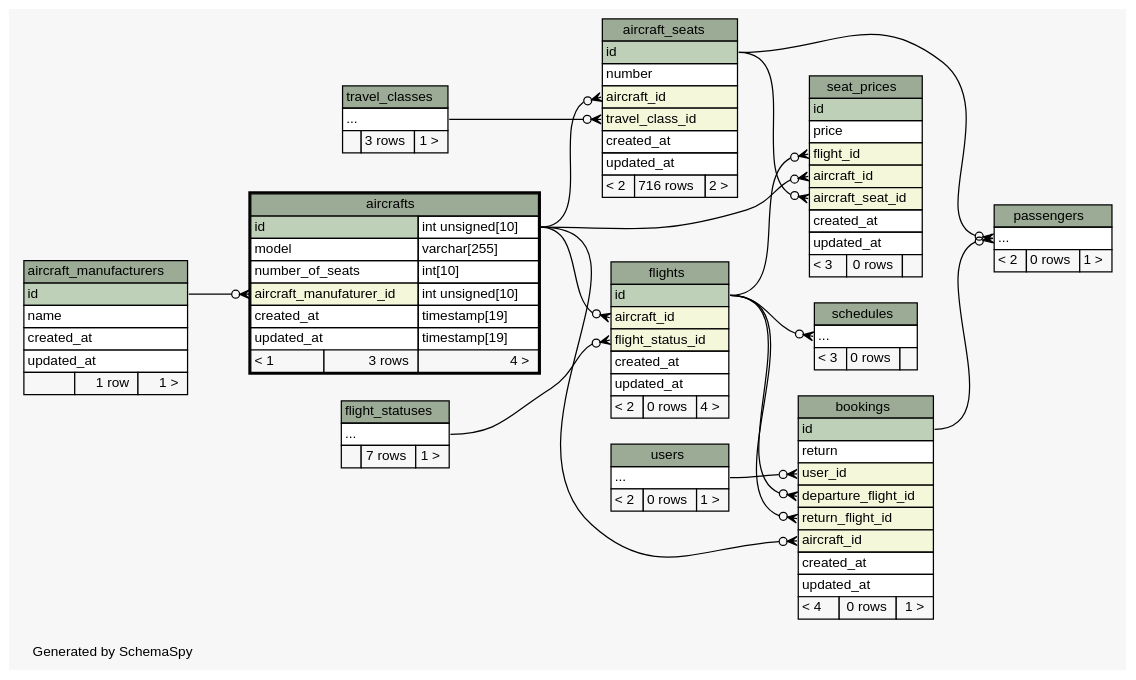
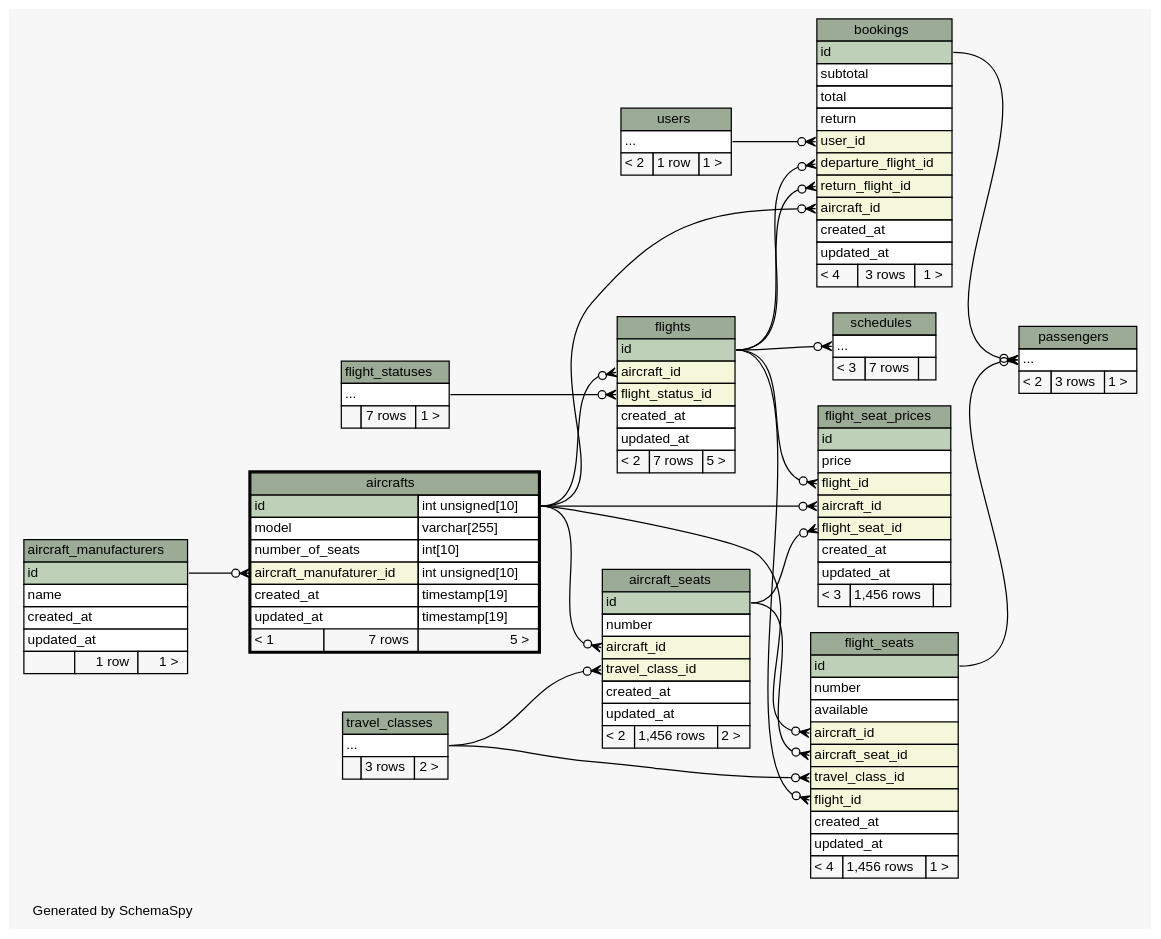
Before and after one commit to joaonzangoII/flightbookingsystem: the diagram in web/app/database/schema/diagrams/aircrafts.2degrees.dot, drawn with Graphviz. The commit also changed 129 other files, not shown here.

```diff
--- a/web/app/database/schema/diagrams/aircrafts.2degrees.dot
+++ b/web/app/database/schema/diagrams/aircrafts.2degrees.dot
@@ -1,4 +1,4 @@
-// dot 2.38.0 on Linux 4.8.0-46-generic
+// dot 2.38.0 on Linux 4.8.0-49-generic
 // SchemaSpy rev 590
 digraph "twoDegreesRelationshipsDiagram" {
   graph [
@@ -26,14 +26,18 @@
   "bookings":"departure_flight_id":w -> "flights":"id":e [arrowhead=none dir=back arrowtail=crowodot];
   "bookings":"return_flight_id":w -> "flights":"id":e [arrowhead=none dir=back arrowtail=crowodot];
   "bookings":"user_id":w -> "users":"elipses":e [arrowhead=none dir=back arrowtail=crowodot];
+  "flight_seat_prices":"aircraft_id":w -> "aircrafts":"id.type":e [arrowhead=none dir=back arrowtail=crowodot];
+  "flight_seat_prices":"flight_id":w -> "flights":"id":e [arrowhead=none dir=back arrowtail=crowodot];
+  "flight_seat_prices":"flight_seat_id":w -> "aircraft_seats":"id":e [arrowhead=none dir=back arrowtail=crowodot];
+  "flight_seats":"aircraft_id":w -> "aircrafts":"id.type":e [arrowhead=none dir=back arrowtail=crowodot];
+  "flight_seats":"aircraft_seat_id":w -> "aircraft_seats":"id":e [arrowhead=none dir=back arrowtail=crowodot];
+  "flight_seats":"flight_id":w -> "flights":"id":e [arrowhead=none dir=back arrowtail=crowodot];
+  "flight_seats":"travel_class_id":w -> "travel_classes":"elipses":e [arrowhead=none dir=back arrowtail=crowodot];
   "flights":"aircraft_id":w -> "aircrafts":"id.type":e [arrowhead=none dir=back arrowtail=crowodot];
   "flights":"flight_status_id":w -> "flight_statuses":"elipses":e [arrowhead=none dir=back arrowtail=crowodot];
-  "passengers":"elipses":w -> "aircraft_seats":"id":e [arrowhead=none dir=back arrowtail=crowodot];
   "passengers":"elipses":w -> "bookings":"id":e [arrowhead=none dir=back arrowtail=crowodot];
+  "passengers":"elipses":w -> "flight_seats":"id":e [arrowhead=none dir=back arrowtail=crowodot];
   "schedules":"elipses":w -> "flights":"id":e [arrowhead=none dir=back arrowtail=crowodot];
-  "seat_prices":"aircraft_id":w -> "aircrafts":"id.type":e [arrowhead=none dir=back arrowtail=crowodot];
-  "seat_prices":"aircraft_seat_id":w -> "aircraft_seats":"id":e [arrowhead=none dir=back arrowtail=crowodot];
-  "seat_prices":"flight_id":w -> "flights":"id":e [arrowhead=none dir=back arrowtail=crowodot];
   "aircraft_manufacturers" [
     label=<
     <TABLE BORDER="0" CELLBORDER="1" CELLSPACING="0" BGCOLOR="#ffffff">
@@ -57,7 +61,7 @@
       <TR><TD PORT="travel_class_id" COLSPAN="3" BGCOLOR="#f4f7da" ALIGN="LEFT">travel_class_id</TD></TR>
       <TR><TD PORT="created_at" COLSPAN="3" ALIGN="LEFT">created_at</TD></TR>
       <TR><TD PORT="updated_at" COLSPAN="3" ALIGN="LEFT">updated_at</TD></TR>
-      <TR><TD ALIGN="LEFT" BGCOLOR="#f7f7f7">&lt; 2</TD><TD ALIGN="RIGHT" BGCOLOR="#f7f7f7">716 rows</TD><TD ALIGN="RIGHT" BGCOLOR="#f7f7f7">2 &gt;</TD></TR>
+      <TR><TD ALIGN="LEFT" BGCOLOR="#f7f7f7">&lt; 2</TD><TD ALIGN="RIGHT" BGCOLOR="#f7f7f7">1,456 rows</TD><TD ALIGN="RIGHT" BGCOLOR="#f7f7f7">2 &gt;</TD></TR>
     </TABLE>>
     URL="aircraft_seats.html"
     tooltip="aircraft_seats"
@@ -72,7 +76,7 @@
       <TR><TD PORT="aircraft_manufaturer_id" COLSPAN="2" BGCOLOR="#f4f7da" ALIGN="LEFT">aircraft_manufaturer_id</TD><TD PORT="aircraft_manufaturer_id.type" ALIGN="LEFT">int unsigned[10]</TD></TR>
       <TR><TD PORT="created_at" COLSPAN="2" ALIGN="LEFT">created_at</TD><TD PORT="created_at.type" ALIGN="LEFT">timestamp[19]</TD></TR>
       <TR><TD PORT="updated_at" COLSPAN="2" ALIGN="LEFT">updated_at</TD><TD PORT="updated_at.type" ALIGN="LEFT">timestamp[19]</TD></TR>
-      <TR><TD ALIGN="LEFT" BGCOLOR="#f7f7f7">&lt; 1</TD><TD ALIGN="RIGHT" BGCOLOR="#f7f7f7">3 rows</TD><TD ALIGN="RIGHT" BGCOLOR="#f7f7f7">4 &gt;</TD></TR>
+      <TR><TD ALIGN="LEFT" BGCOLOR="#f7f7f7">&lt; 1</TD><TD ALIGN="RIGHT" BGCOLOR="#f7f7f7">7 rows</TD><TD ALIGN="RIGHT" BGCOLOR="#f7f7f7">5 &gt;</TD></TR>
     </TABLE>>
     URL="aircrafts.html"
     tooltip="aircrafts"
@@ -82,6 +86,8 @@
     <TABLE BORDER="0" CELLBORDER="1" CELLSPACING="0" BGCOLOR="#ffffff">
       <TR><TD COLSPAN="3" BGCOLOR="#9bab96" ALIGN="CENTER">bookings</TD></TR>
       <TR><TD PORT="id" COLSPAN="3" BGCOLOR="#bed1b8" ALIGN="LEFT">id</TD></TR>
+      <TR><TD PORT="subtotal" COLSPAN="3" ALIGN="LEFT">subtotal</TD></TR>
+      <TR><TD PORT="total" COLSPAN="3" ALIGN="LEFT">total</TD></TR>
       <TR><TD PORT="return" COLSPAN="3" ALIGN="LEFT">return</TD></TR>
       <TR><TD PORT="user_id" COLSPAN="3" BGCOLOR="#f4f7da" ALIGN="LEFT">user_id</TD></TR>
       <TR><TD PORT="departure_flight_id" COLSPAN="3" BGCOLOR="#f4f7da" ALIGN="LEFT">departure_flight_id</TD></TR>
@@ -89,10 +95,44 @@
       <TR><TD PORT="aircraft_id" COLSPAN="3" BGCOLOR="#f4f7da" ALIGN="LEFT">aircraft_id</TD></TR>
       <TR><TD PORT="created_at" COLSPAN="3" ALIGN="LEFT">created_at</TD></TR>
       <TR><TD PORT="updated_at" COLSPAN="3" ALIGN="LEFT">updated_at</TD></TR>
-      <TR><TD ALIGN="LEFT" BGCOLOR="#f7f7f7">&lt; 4</TD><TD ALIGN="RIGHT" BGCOLOR="#f7f7f7">0 rows</TD><TD ALIGN="RIGHT" BGCOLOR="#f7f7f7">1 &gt;</TD></TR>
+      <TR><TD ALIGN="LEFT" BGCOLOR="#f7f7f7">&lt; 4</TD><TD ALIGN="RIGHT" BGCOLOR="#f7f7f7">3 rows</TD><TD ALIGN="RIGHT" BGCOLOR="#f7f7f7">1 &gt;</TD></TR>
     </TABLE>>
     URL="bookings.html"
     tooltip="bookings"
+  ];
+  "flight_seat_prices" [
+    label=<
+    <TABLE BORDER="0" CELLBORDER="1" CELLSPACING="0" BGCOLOR="#ffffff">
+      <TR><TD COLSPAN="3" BGCOLOR="#9bab96" ALIGN="CENTER">flight_seat_prices</TD></TR>
+      <TR><TD PORT="id" COLSPAN="3" BGCOLOR="#bed1b8" ALIGN="LEFT">id</TD></TR>
+      <TR><TD PORT="price" COLSPAN="3" ALIGN="LEFT">price</TD></TR>
+      <TR><TD PORT="flight_id" COLSPAN="3" BGCOLOR="#f4f7da" ALIGN="LEFT">flight_id</TD></TR>
+      <TR><TD PORT="aircraft_id" COLSPAN="3" BGCOLOR="#f4f7da" ALIGN="LEFT">aircraft_id</TD></TR>
+      <TR><TD PORT="flight_seat_id" COLSPAN="3" BGCOLOR="#f4f7da" ALIGN="LEFT">flight_seat_id</TD></TR>
+      <TR><TD PORT="created_at" COLSPAN="3" ALIGN="LEFT">created_at</TD></TR>
+      <TR><TD PORT="updated_at" COLSPAN="3" ALIGN="LEFT">updated_at</TD></TR>
+      <TR><TD ALIGN="LEFT" BGCOLOR="#f7f7f7">&lt; 3</TD><TD ALIGN="RIGHT" BGCOLOR="#f7f7f7">1,456 rows</TD><TD ALIGN="RIGHT" BGCOLOR="#f7f7f7">  </TD></TR>
+    </TABLE>>
+    URL="flight_seat_prices.html"
+    tooltip="flight_seat_prices"
+  ];
+  "flight_seats" [
+    label=<
+    <TABLE BORDER="0" CELLBORDER="1" CELLSPACING="0" BGCOLOR="#ffffff">
+      <TR><TD COLSPAN="3" BGCOLOR="#9bab96" ALIGN="CENTER">flight_seats</TD></TR>
+      <TR><TD PORT="id" COLSPAN="3" BGCOLOR="#bed1b8" ALIGN="LEFT">id</TD></TR>
+      <TR><TD PORT="number" COLSPAN="3" ALIGN="LEFT">number</TD></TR>
+      <TR><TD PORT="available" COLSPAN="3" ALIGN="LEFT">available</TD></TR>
+      <TR><TD PORT="aircraft_id" COLSPAN="3" BGCOLOR="#f4f7da" ALIGN="LEFT">aircraft_id</TD></TR>
+      <TR><TD PORT="aircraft_seat_id" COLSPAN="3" BGCOLOR="#f4f7da" ALIGN="LEFT">aircraft_seat_id</TD></TR>
+      <TR><TD PORT="travel_class_id" COLSPAN="3" BGCOLOR="#f4f7da" ALIGN="LEFT">travel_class_id</TD></TR>
+      <TR><TD PORT="flight_id" COLSPAN="3" BGCOLOR="#f4f7da" ALIGN="LEFT">flight_id</TD></TR>
+      <TR><TD PORT="created_at" COLSPAN="3" ALIGN="LEFT">created_at</TD></TR>
+      <TR><TD PORT="updated_at" COLSPAN="3" ALIGN="LEFT">updated_at</TD></TR>
+      <TR><TD ALIGN="LEFT" BGCOLOR="#f7f7f7">&lt; 4</TD><TD ALIGN="RIGHT" BGCOLOR="#f7f7f7">1,456 rows</TD><TD ALIGN="RIGHT" BGCOLOR="#f7f7f7">1 &gt;</TD></TR>
+    </TABLE>>
+    URL="flight_seats.html"
+    tooltip="flight_seats"
   ];
   "flight_statuses" [
     label=<
@@ -113,7 +153,7 @@
       <TR><TD PORT="flight_status_id" COLSPAN="3" BGCOLOR="#f4f7da" ALIGN="LEFT">flight_status_id</TD></TR>
       <TR><TD PORT="created_at" COLSPAN="3" ALIGN="LEFT">created_at</TD></TR>
       <TR><TD PORT="updated_at" COLSPAN="3" ALIGN="LEFT">updated_at</TD></TR>
-      <TR><TD ALIGN="LEFT" BGCOLOR="#f7f7f7">&lt; 2</TD><TD ALIGN="RIGHT" BGCOLOR="#f7f7f7">0 rows</TD><TD ALIGN="RIGHT" BGCOLOR="#f7f7f7">4 &gt;</TD></TR>
+      <TR><TD ALIGN="LEFT" BGCOLOR="#f7f7f7">&lt; 2</TD><TD ALIGN="RIGHT" BGCOLOR="#f7f7f7">7 rows</TD><TD ALIGN="RIGHT" BGCOLOR="#f7f7f7">5 &gt;</TD></TR>
     </TABLE>>
     URL="flights.html"
     tooltip="flights"
@@ -123,7 +163,7 @@
     <TABLE BORDER="0" CELLBORDER="1" CELLSPACING="0" BGCOLOR="#ffffff">
       <TR><TD COLSPAN="3" BGCOLOR="#9bab96" ALIGN="CENTER">passengers</TD></TR>
       <TR><TD PORT="elipses" COLSPAN="3" ALIGN="LEFT">...</TD></TR>
-      <TR><TD ALIGN="LEFT" BGCOLOR="#f7f7f7">&lt; 2</TD><TD ALIGN="RIGHT" BGCOLOR="#f7f7f7">0 rows</TD><TD ALIGN="RIGHT" BGCOLOR="#f7f7f7">1 &gt;</TD></TR>
+      <TR><TD ALIGN="LEFT" BGCOLOR="#f7f7f7">&lt; 2</TD><TD ALIGN="RIGHT" BGCOLOR="#f7f7f7">3 rows</TD><TD ALIGN="RIGHT" BGCOLOR="#f7f7f7">1 &gt;</TD></TR>
     </TABLE>>
     URL="passengers.html"
     tooltip="passengers"
@@ -133,33 +173,17 @@
     <TABLE BORDER="0" CELLBORDER="1" CELLSPACING="0" BGCOLOR="#ffffff">
       <TR><TD COLSPAN="3" BGCOLOR="#9bab96" ALIGN="CENTER">schedules</TD></TR>
       <TR><TD PORT="elipses" COLSPAN="3" ALIGN="LEFT">...</TD></TR>
-      <TR><TD ALIGN="LEFT" BGCOLOR="#f7f7f7">&lt; 3</TD><TD ALIGN="RIGHT" BGCOLOR="#f7f7f7">0 rows</TD><TD ALIGN="RIGHT" BGCOLOR="#f7f7f7">  </TD></TR>
+      <TR><TD ALIGN="LEFT" BGCOLOR="#f7f7f7">&lt; 3</TD><TD ALIGN="RIGHT" BGCOLOR="#f7f7f7">7 rows</TD><TD ALIGN="RIGHT" BGCOLOR="#f7f7f7">  </TD></TR>
     </TABLE>>
     URL="schedules.html"
     tooltip="schedules"
-  ];
-  "seat_prices" [
-    label=<
-    <TABLE BORDER="0" CELLBORDER="1" CELLSPACING="0" BGCOLOR="#ffffff">
-      <TR><TD COLSPAN="3" BGCOLOR="#9bab96" ALIGN="CENTER">seat_prices</TD></TR>
-      <TR><TD PORT="id" COLSPAN="3" BGCOLOR="#bed1b8" ALIGN="LEFT">id</TD></TR>
-      <TR><TD PORT="price" COLSPAN="3" ALIGN="LEFT">price</TD></TR>
-      <TR><TD PORT="flight_id" COLSPAN="3" BGCOLOR="#f4f7da" ALIGN="LEFT">flight_id</TD></TR>
-      <TR><TD PORT="aircraft_id" COLSPAN="3" BGCOLOR="#f4f7da" ALIGN="LEFT">aircraft_id</TD></TR>
-      <TR><TD PORT="aircraft_seat_id" COLSPAN="3" BGCOLOR="#f4f7da" ALIGN="LEFT">aircraft_seat_id</TD></TR>
-      <TR><TD PORT="created_at" COLSPAN="3" ALIGN="LEFT">created_at</TD></TR>
-      <TR><TD PORT="updated_at" COLSPAN="3" ALIGN="LEFT">updated_at</TD></TR>
-      <TR><TD ALIGN="LEFT" BGCOLOR="#f7f7f7">&lt; 3</TD><TD ALIGN="RIGHT" BGCOLOR="#f7f7f7">0 rows</TD><TD ALIGN="RIGHT" BGCOLOR="#f7f7f7">  </TD></TR>
-    </TABLE>>
-    URL="seat_prices.html"
-    tooltip="seat_prices"
   ];
   "travel_classes" [
     label=<
     <TABLE BORDER="0" CELLBORDER="1" CELLSPACING="0" BGCOLOR="#ffffff">
       <TR><TD COLSPAN="3" BGCOLOR="#9bab96" ALIGN="CENTER">travel_classes</TD></TR>
       <TR><TD PORT="elipses" COLSPAN="3" ALIGN="LEFT">...</TD></TR>
-      <TR><TD ALIGN="LEFT" BGCOLOR="#f7f7f7">  </TD><TD ALIGN="RIGHT" BGCOLOR="#f7f7f7">3 rows</TD><TD ALIGN="RIGHT" BGCOLOR="#f7f7f7">1 &gt;</TD></TR>
+      <TR><TD ALIGN="LEFT" BGCOLOR="#f7f7f7">  </TD><TD ALIGN="RIGHT" BGCOLOR="#f7f7f7">3 rows</TD><TD ALIGN="RIGHT" BGCOLOR="#f7f7f7">2 &gt;</TD></TR>
     </TABLE>>
     URL="travel_classes.html"
     tooltip="travel_classes"
@@ -169,7 +193,7 @@
     <TABLE BORDER="0" CELLBORDER="1" CELLSPACING="0" BGCOLOR="#ffffff">
       <TR><TD COLSPAN="3" BGCOLOR="#9bab96" ALIGN="CENTER">users</TD></TR>
       <TR><TD PORT="elipses" COLSPAN="3" ALIGN="LEFT">...</TD></TR>
-      <TR><TD ALIGN="LEFT" BGCOLOR="#f7f7f7">&lt; 2</TD><TD ALIGN="RIGHT" BGCOLOR="#f7f7f7">0 rows</TD><TD ALIGN="RIGHT" BGCOLOR="#f7f7f7">1 &gt;</TD></TR>
+      <TR><TD ALIGN="LEFT" BGCOLOR="#f7f7f7">&lt; 2</TD><TD ALIGN="RIGHT" BGCOLOR="#f7f7f7">1 row</TD><TD ALIGN="RIGHT" BGCOLOR="#f7f7f7">1 &gt;</TD></TR>
     </TABLE>>
     URL="users.html"
     tooltip="users"
```
